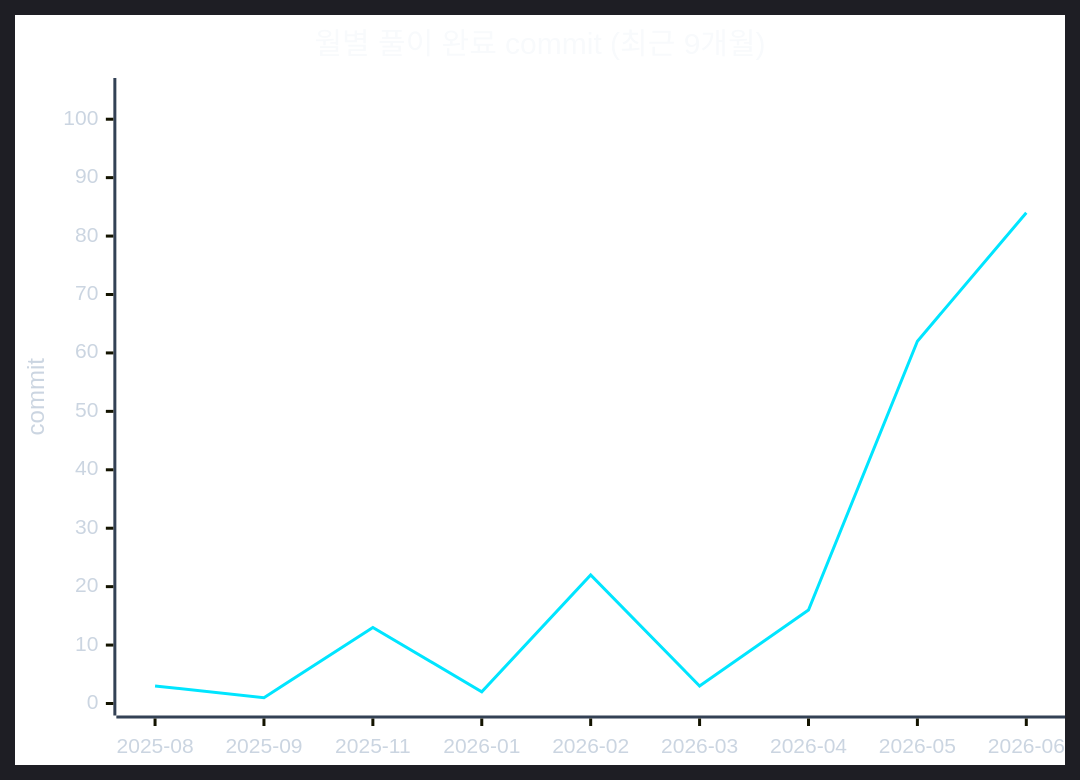
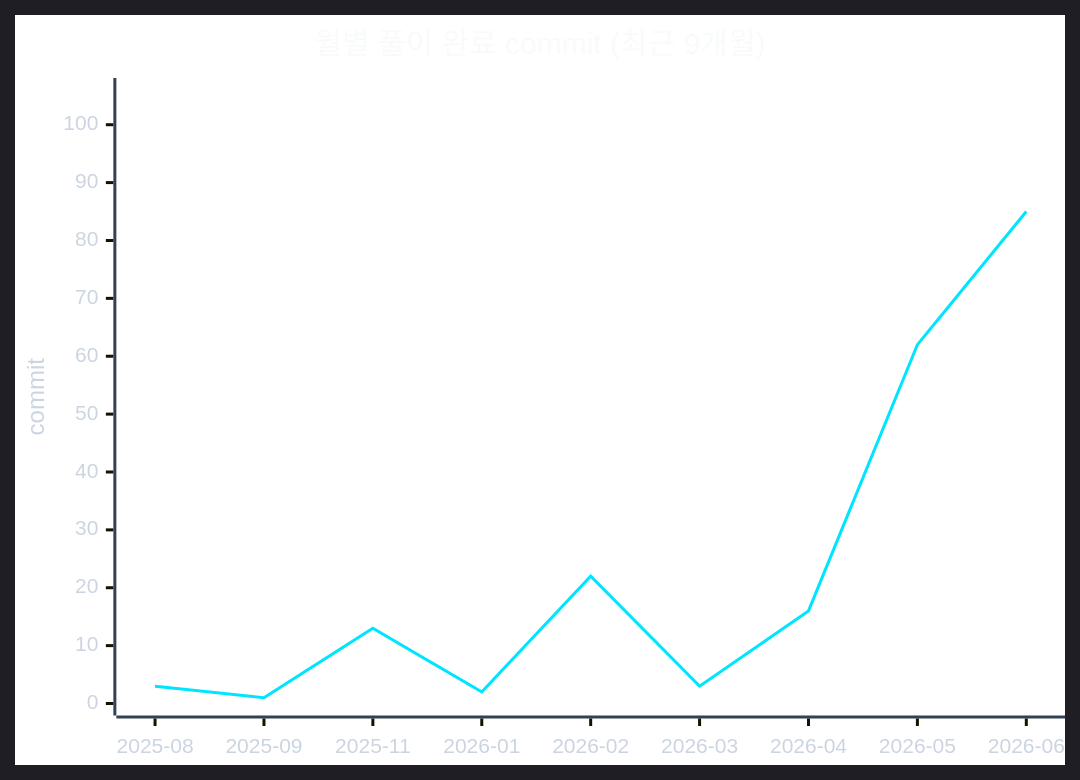
Before and after one commit to CHOOSLA/Algorithm: the second of 2 diagrams in readme.md, drawn with Mermaid. The commit also changed 1 other file, not shown here.

Commit message:
[Passed] 데이터센터의 온도 조정 2 (143ms, 10MB)

````diff
--- a/readme.md
+++ b/readme.md
@@ -71,22 +71,22 @@
 ```mermaid
 ---
 config:
   theme: dark
   themeVariables:
     background: '#0d1117'
     xyChart:
       titleColor: '#f8fafc'
       xAxisLabelColor: '#cbd5e1'
       xAxisTitleColor: '#cbd5e1'
       xAxisLineColor: '#334155'
       yAxisLabelColor: '#cbd5e1'
       yAxisTitleColor: '#cbd5e1'
       yAxisLineColor: '#334155'
       plotColorPalette: '#00e5ff'
 ---
 xychart-beta
   title "월별 풀이 완료 commit (최근 9개월)"
   x-axis ["2025-08", "2025-09", "2025-11", "2026-01", "2026-02", "2026-03", "2026-04", "2026-05", "2026-06"]
-  y-axis "commit" 0 --> 105
-  line [3, 1, 13, 2, 22, 3, 16, 62, 84]
+  y-axis "commit" 0 --> 106
+  line [3, 1, 13, 2, 22, 3, 16, 62, 85]
 ```
````
